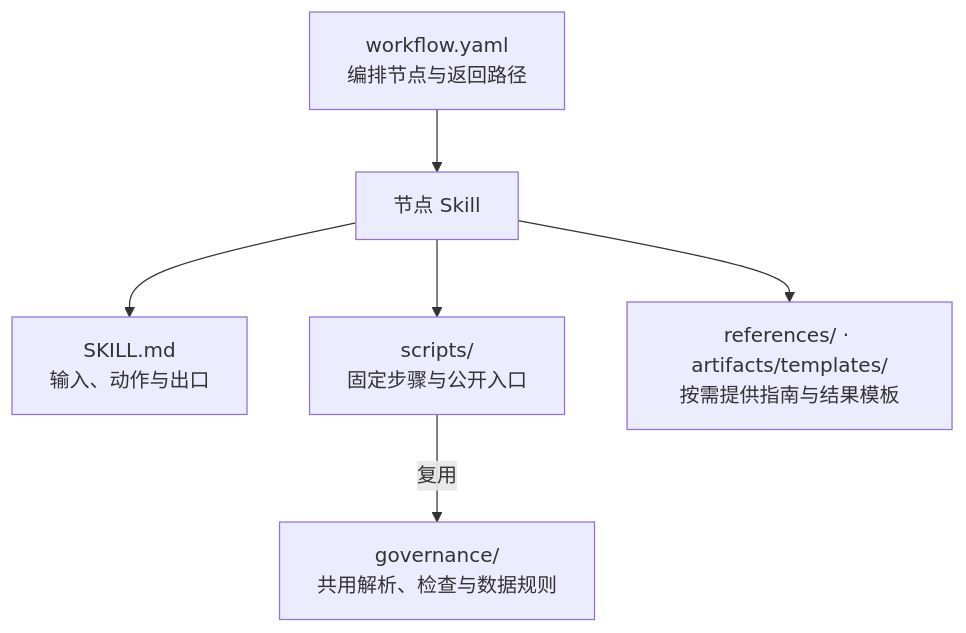
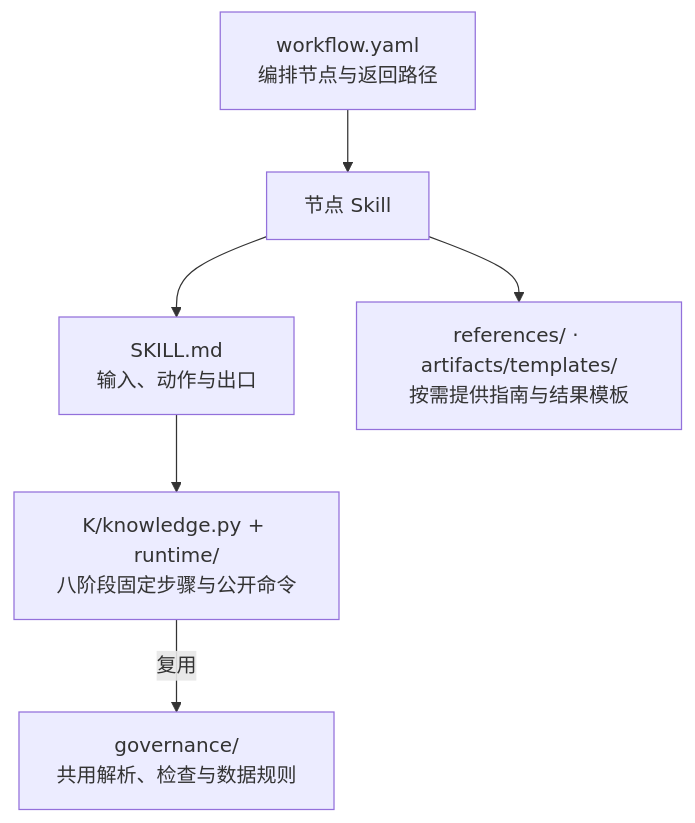
One commit to Robin-hhc/FactumCore changed diagram 23 of 27 in himate-knowledge-wifi-mp/docs-llm-wiki/知识库详细设计.md. Above: the diagram before and after it, drawn with Mermaid. The commit also changed other lines of this file and 171 other files, not shown here.

First line of the commit message:
feat(knowledge): ship repository-owned CLI runtime

````diff
--- a/himate-knowledge-wifi-mp/docs-llm-wiki/知识库详细设计.md
+++ b/himate-knowledge-wifi-mp/docs-llm-wiki/知识库详细设计.md
@@ -977,8 +981,8 @@
 ```mermaid
 flowchart TD
     WF["workflow.yaml<br/>编排节点与返回路径"] --> NODE["节点 Skill"]
     NODE --> DOC["SKILL.md<br/>输入、动作与出口"]
-    NODE --> SCRIPT["scripts/<br/>固定步骤与公开入口"]
+    DOC --> SCRIPT["K/knowledge.py + runtime/<br/>八阶段固定步骤与公开命令"]
     NODE --> REF["references/ · artifacts/templates/<br/>按需提供指南与结果模板"]
     SCRIPT -->|复用| CORE["governance/<br/>共用解析、检查与数据规则"]
 ```
````
